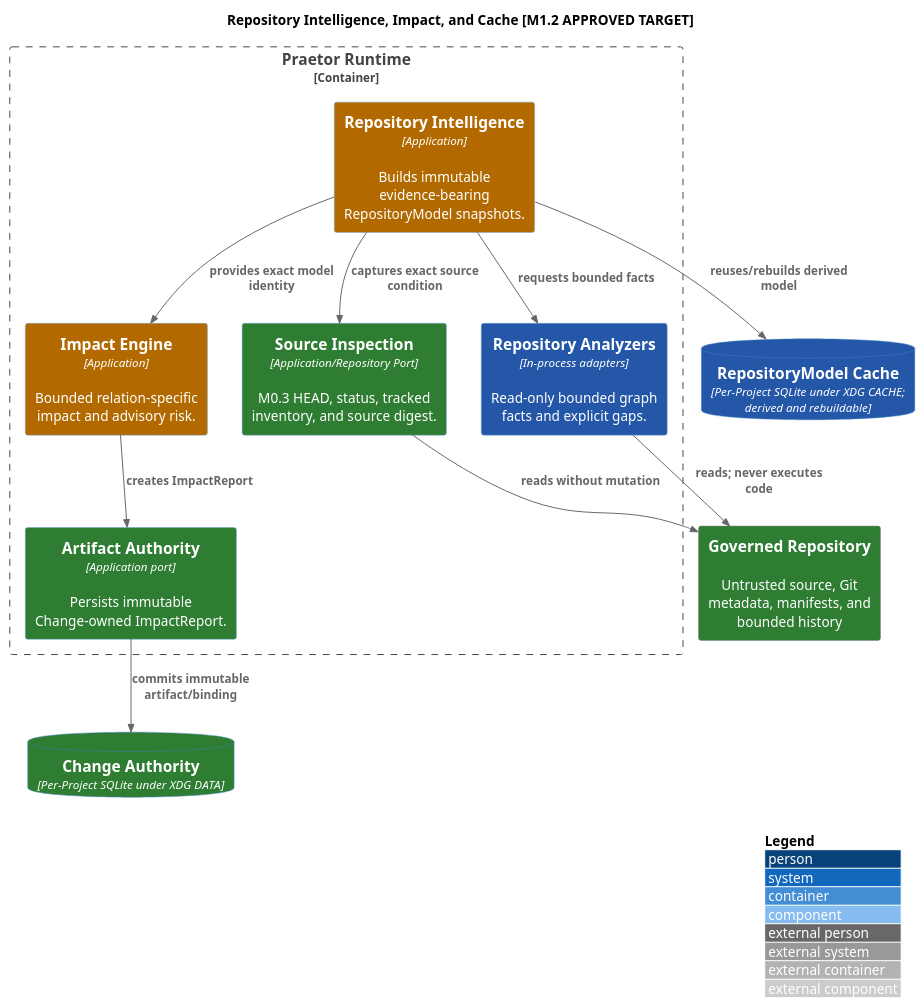
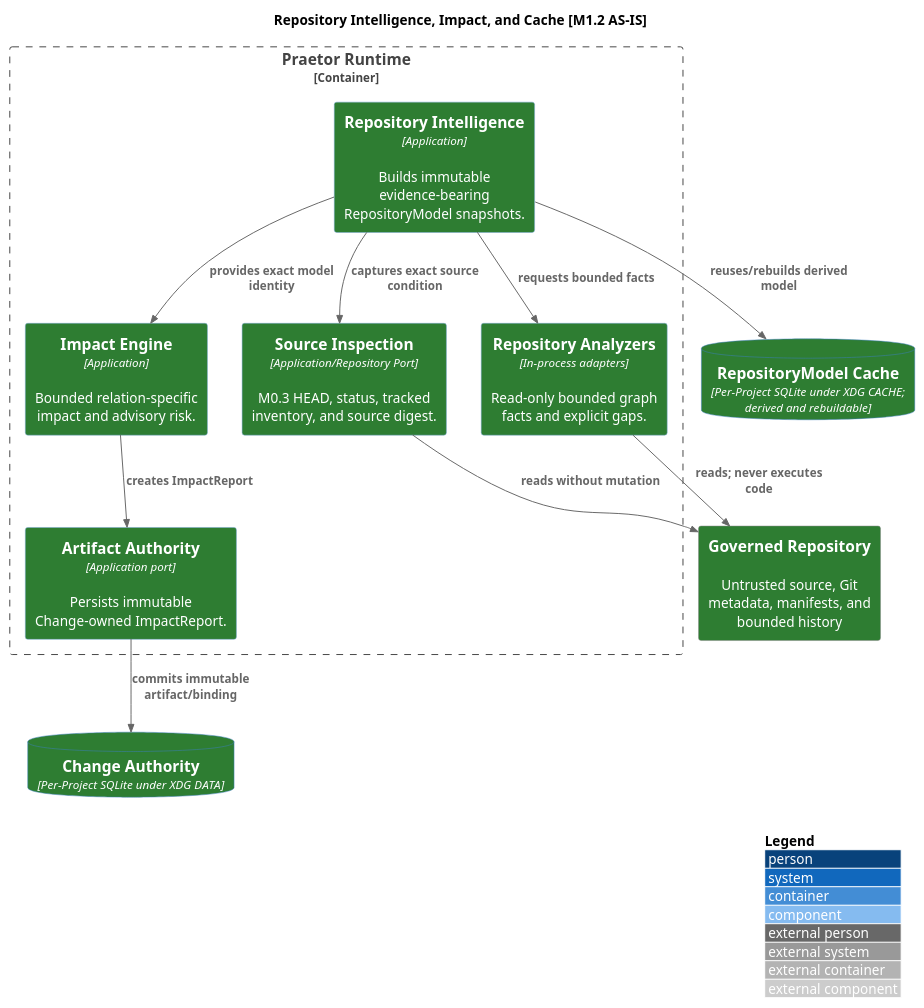
The diagram in docs/architecture/src/docs/arc42/diagrams/c4-repository-intelligence-components.puml (Eu-Pedro0ficial/praetor), drawn with PlantUML before and after one commit. The commit also changed 49 other files, not shown here.

Commit message:
feat(m1.2): add repository intelligence impact and risk

```diff
--- a/docs/architecture/src/docs/arc42/diagrams/c4-repository-intelligence-components.puml
+++ b/docs/architecture/src/docs/arc42/diagrams/c4-repository-intelligence-components.puml
@@ -1,26 +1,26 @@
 @startuml
 !include <C4/C4_Component>
 AddElementTag("AS-IS", $bgColor="#2E7D32", $fontColor="#FFFFFF", $legendText="AS-IS")
 AddElementTag("PARTIAL", $bgColor="#B26A00", $fontColor="#FFFFFF", $legendText="PARTIAL")
 AddElementTag("TARGET", $bgColor="#2457A7", $fontColor="#FFFFFF", $legendText="TARGET")
 LAYOUT_WITH_LEGEND()
-title Repository Intelligence, Impact, and Cache [M1.2 APPROVED TARGET]
+title Repository Intelligence, Impact, and Cache [M1.2 AS-IS]
 Container_Boundary(runtime, "Praetor Runtime") {
   Component(source, "Source Inspection", "Application/Repository Port", "M0.3 HEAD, status, tracked inventory, and source digest.", $tags="AS-IS")
-  Component(repo, "Repository Intelligence", "Application", "Builds immutable evidence-bearing RepositoryModel snapshots.", $tags="PARTIAL")
-  Component(analyzers, "Repository Analyzers", "In-process adapters", "Read-only bounded graph facts and explicit gaps.", $tags="TARGET")
-  Component(impact, "Impact Engine", "Application", "Bounded relation-specific impact and advisory risk.", $tags="PARTIAL")
+  Component(repo, "Repository Intelligence", "Application", "Builds immutable evidence-bearing RepositoryModel snapshots.", $tags="AS-IS")
+  Component(analyzers, "Repository Analyzers", "In-process adapters", "Read-only bounded graph facts and explicit gaps.", $tags="AS-IS")
+  Component(impact, "Impact Engine", "Application", "Bounded relation-specific impact and advisory risk.", $tags="AS-IS")
   Component(artifact, "Artifact Authority", "Application port", "Persists immutable Change-owned ImpactReport.", $tags="AS-IS")
 }
 System_Ext(repository, "Governed Repository", "Untrusted source, Git metadata, manifests, and bounded history", $tags="AS-IS")
-ContainerDb(cache, "RepositoryModel Cache", "Per-Project SQLite under XDG CACHE; derived and rebuildable", $tags="TARGET")
+ContainerDb(cache, "RepositoryModel Cache", "Per-Project SQLite under XDG CACHE; derived and rebuildable", $tags="AS-IS")
 ContainerDb(changeStore, "Change Authority", "Per-Project SQLite under XDG DATA", $tags="AS-IS")
 Rel(source, repository, "reads without mutation")
 Rel(repo, source, "captures exact source condition")
 Rel(repo, analyzers, "requests bounded facts")
 Rel(analyzers, repository, "reads; never executes code")
 Rel(repo, cache, "reuses/rebuilds derived model")
 Rel(repo, impact, "provides exact model identity")
 Rel(impact, artifact, "creates ImpactReport")
 Rel(artifact, changeStore, "commits immutable artifact/binding")
 @enduml
```
